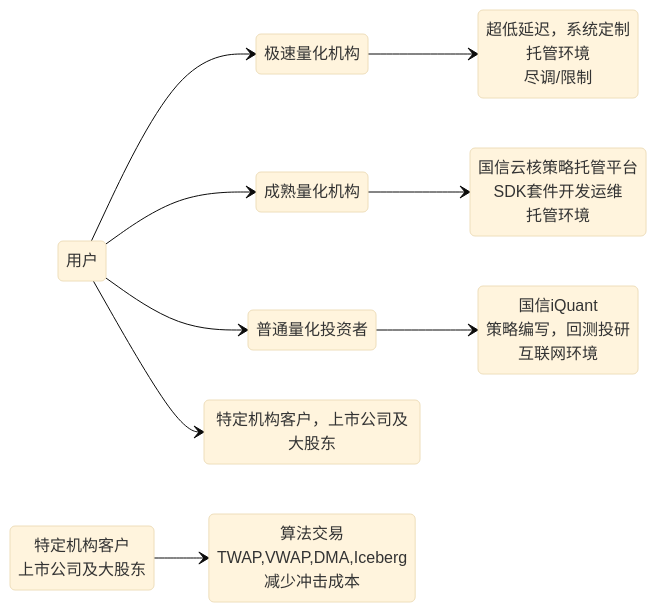
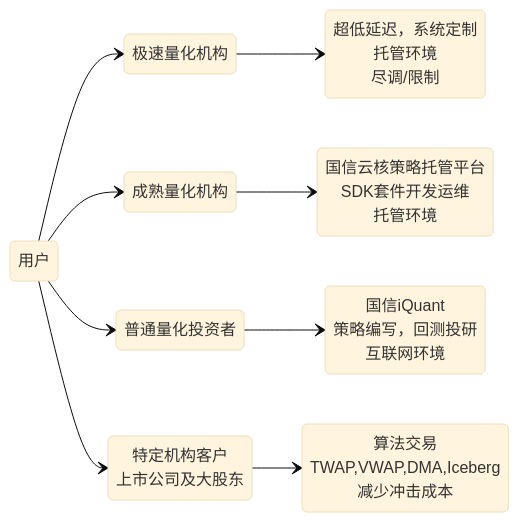
One commit to LIUBINfighter/Blog changed the fourth of 6 diagrams in content/post/guoxin_ai_trading/index.md. Above: the diagram before and after it, drawn with Mermaid (base theme). The commit also changed 1 other file, not shown here.

Commit message:
修订国信证券参访笔记，mermaid图表 试图添加xml

````diff
--- a/content/post/guoxin_ai_trading/index.md
+++ b/content/post/guoxin_ai_trading/index.md
@@ -95,12 +95,12 @@
 ```mermaid
 stateDiagram-v2
 direction LR
 用户 --> 极速量化机构
 极速量化机构 --> 超低延迟，系统定制<br>托管环境<br>尽调/限制
 用户 --> 成熟量化机构
 成熟量化机构 --> 国信云核策略托管平台<br>SDK套件开发运维<br>托管环境
 用户 --> 普通量化投资者
 普通量化投资者 --> 国信iQuant<br>策略编写，回测投研<br>互联网环境
-用户 --> 特定机构客户，上市公司及大股东
+用户 --> 特定机构客户<br>上市公司及大股东
 特定机构客户<br>上市公司及大股东 --> 算法交易<br>TWAP,VWAP,DMA,Iceberg<br>减少冲击成本
 ```
````
